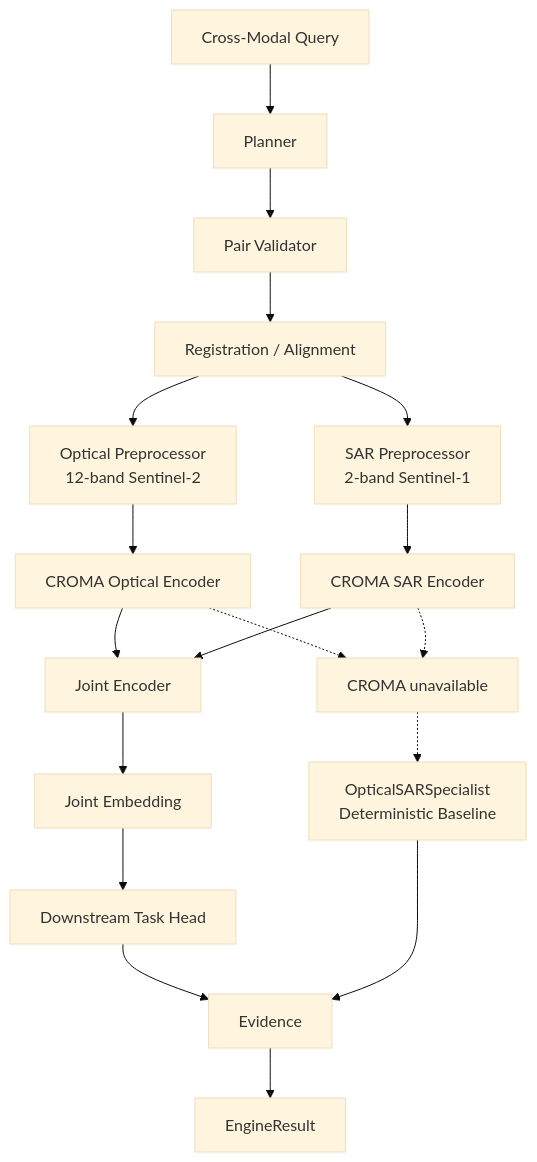
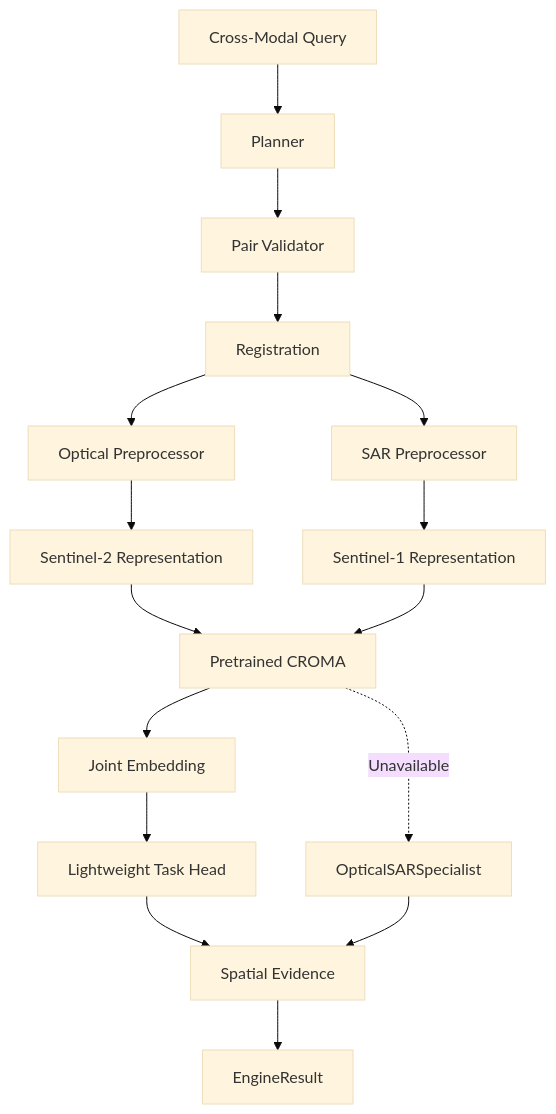
One commit to HEAVENLYBEING112/satquery-ai changed the fourth of 4 diagrams in docs/architecture.md. Above: the diagram before and after it, drawn with Mermaid (base theme). The commit also changed 8 other files, not shown here.

Commit message:
feat: implement real CROMA downstream classifier architecture

````diff
--- a/docs/architecture.md
+++ b/docs/architecture.md
@@ -56,25 +56,23 @@
 ```mermaid
 flowchart TD
     A["Cross-Modal Query"] --> B["Planner"]
     B --> C["Pair Validator"]
-    C --> D["Registration / Alignment"]
-
-    D --> E["Optical Preprocessor\n12-band Sentinel-2"]
-    D --> F["SAR Preprocessor\n2-band Sentinel-1"]
-
-    E --> G["CROMA Optical Encoder"]
-    F --> H["CROMA SAR Encoder"]
-
-    G --> I["Joint Encoder"]
+    C --> D["Registration"]
+    
+    D --> E["Optical Preprocessor"]
+    D --> F["SAR Preprocessor"]
+    
+    E --> G["Sentinel-2 Representation"]
+    F --> H["Sentinel-1 Representation"]
+    
+    G --> I["Pretrained CROMA"]
     H --> I
-
+    
     I --> J["Joint Embedding"]
-    J --> K["Downstream Task Head"]
-    K --> L["Evidence"]
+    J --> K["Lightweight Task Head"]
+    K --> L["Spatial Evidence"]
     L --> M["EngineResult"]
-
-    G -.-> N["CROMA unavailable"]
-    H -.-> N
-    N -.-> O["OpticalSARSpecialist\nDeterministic Baseline"]
-    O --> L
+    
+    I -. "Unavailable" .-> N["OpticalSARSpecialist"]
+    N --> L
 ```
````
